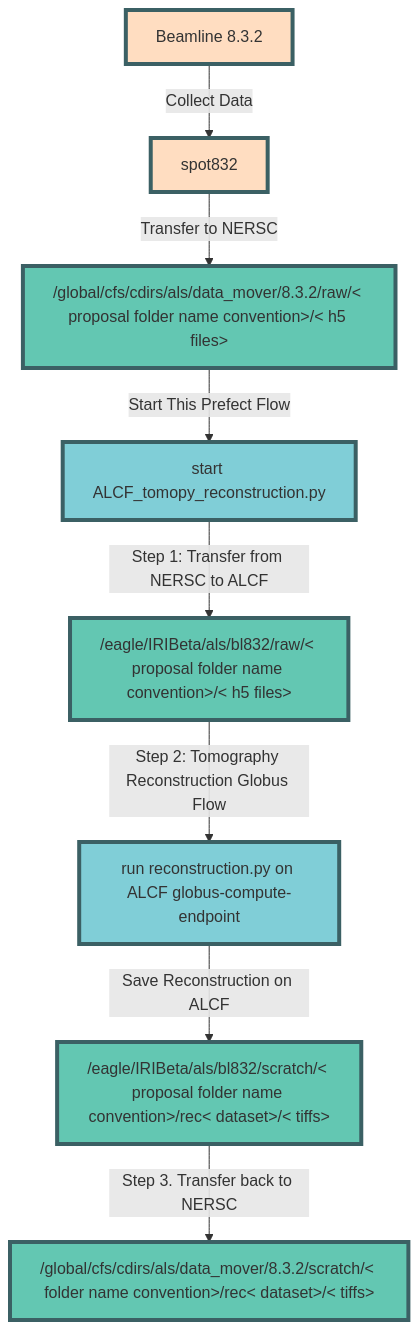
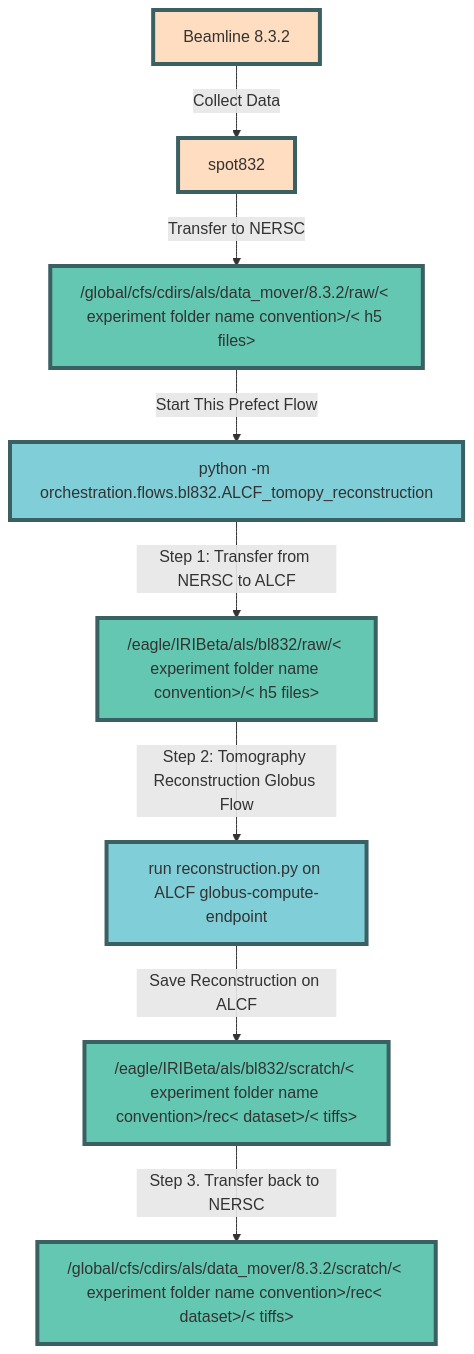
The diagram in orchestration/flows/bl832/README_ALCF_tomopy_reconstruction.md (als-computing/splash_flows_globus), drawn with Mermaid before and after one commit. The commit also changed other lines of this file, not shown here.

````diff
--- a/orchestration/flows/bl832/README_ALCF_tomopy_reconstruction.md
+++ b/orchestration/flows/bl832/README_ALCF_tomopy_reconstruction.md
@@ -10,20 +10,20 @@
 ```mermaid
 graph TD
     A[Beamline 8.3.2] -->|Collect Data| B[spot832]
-    B -->|Transfer to NERSC| C[ /global/cfs/cdirs/als/data_mover/8.3.2/raw/< proposal folder name convention>/< h5 files>]
-    C -->|Start This Prefect Flow| D[ start ALCF_tomopy_reconstruction.py ]
-    D -->|Step 1: Transfer from NERSC to ALCF| E[ /eagle/IRIBeta/als/bl832/raw/< proposal folder name convention>/< h5 files>]
+    B -->|Transfer to NERSC| C[ /global/cfs/cdirs/als/data_mover/8.3.2/raw/< experiment folder name convention>/< h5 files>]
+    C -->|Start This Prefect Flow| D[ python -m orchestration.flows.bl832.ALCF_tomopy_reconstruction ]
+    D -->|Step 1: Transfer from NERSC to ALCF| E[ /eagle/IRIBeta/als/bl832/raw/< experiment folder name convention>/< h5 files>]
     E -->|Step 2: Tomography Reconstruction Globus Flow| F[ run reconstruction.py on ALCF globus-compute-endpoint]
-    F -->|Save Reconstruction on ALCF| G[ /eagle/IRIBeta/als/bl832/scratch/< proposal folder name convention>/rec< dataset>/< tiffs> ]
-    G -->|Step 3. Transfer back to NERSC| H[ /global/cfs/cdirs/als/data_mover/8.3.2/scratch/< folder name convention>/rec< dataset>/< tiffs>]
+    F -->|Save Reconstruction on ALCF| G[ /eagle/IRIBeta/als/bl832/scratch/< experiment folder name convention>/rec< dataset>/< tiffs> ]
+    G -->|Step 3. Transfer back to NERSC| H[ /global/cfs/cdirs/als/data_mover/8.3.2/scratch/< experiment folder name convention>/rec< dataset>/< tiffs>]
 	
 	classDef compute fill:#80CED7,stroke:#3B6064,stroke-width:4px;
 	class D,F compute;
     
     classDef storage fill:#63C7B2,stroke:#3B6064,stroke-width:4px;
     class C,E,G,H storage;
 	 
 	classDef collection fill:#FFDDC1,stroke:#3B6064,stroke-width:4px;
     class A,B collection;
     
   ```
````
